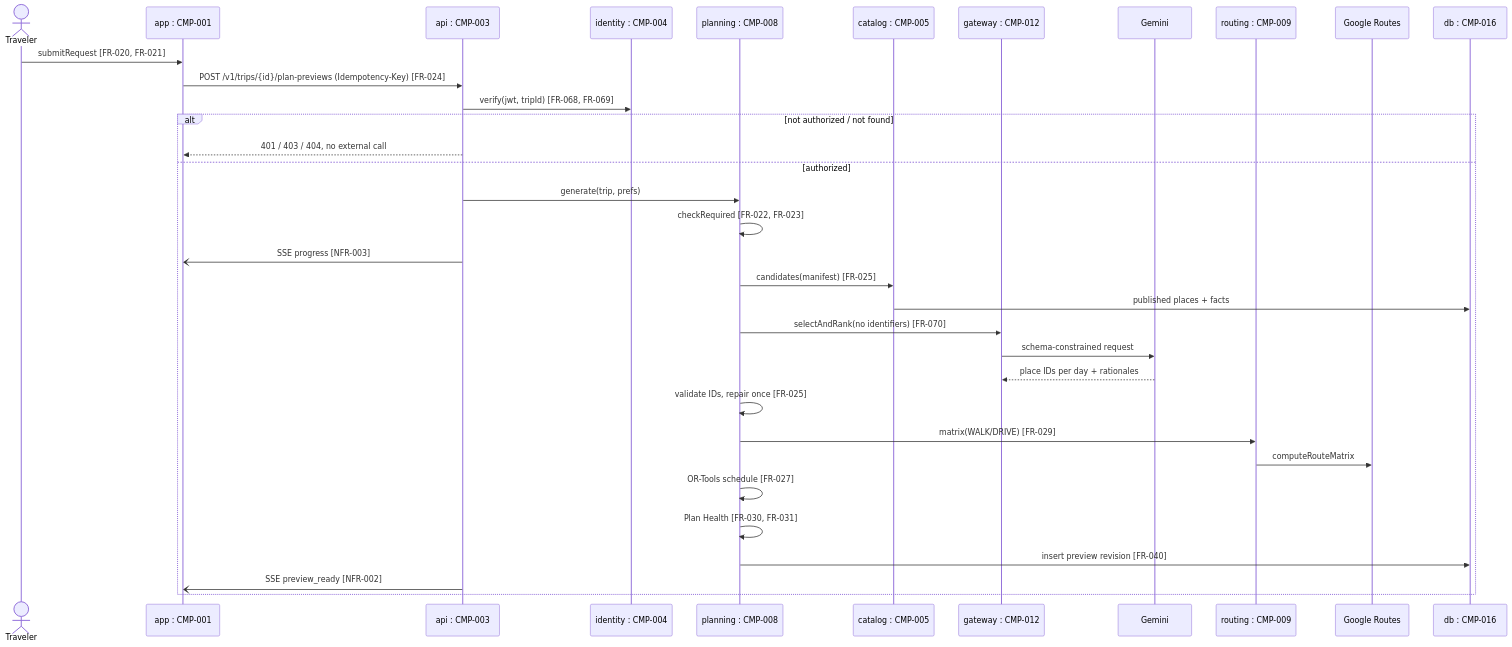
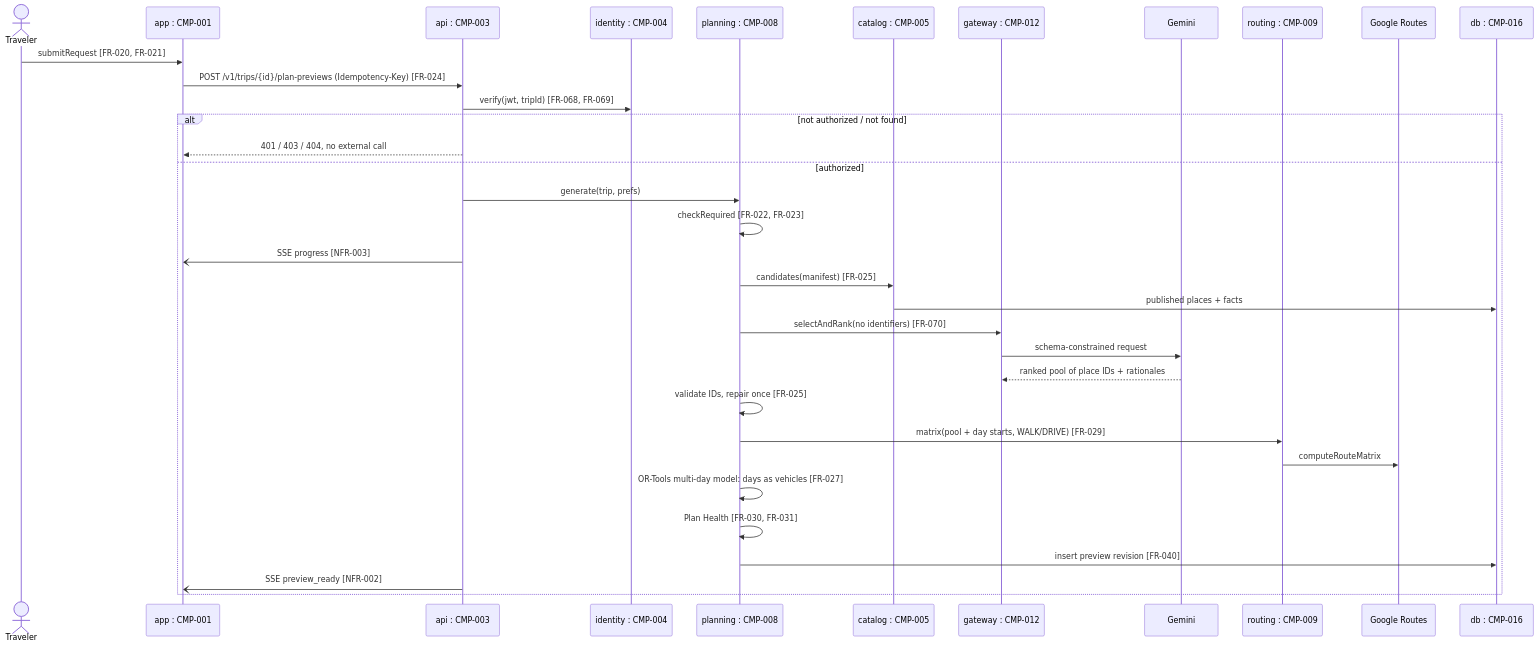
One commit to lnt-h/fyp_dana changed the second of 10 diagrams in docs/04-design/diagrams/README.md. Above: the diagram before and after it, drawn with Mermaid. The commit also changed other lines of this file and 19 other files, not shown here.

First line of the commit message:
docs(design): align AI design — two-tier Guide evidence, multi-day OR-Tools model, embeddings on write

````diff
--- a/docs/04-design/diagrams/README.md
+++ b/docs/04-design/diagrams/README.md
@@ -110,36 +110,36 @@
 ```mermaid
 sequenceDiagram
     actor T as Traveler
     participant APP as app : CMP-001
     participant API as api : CMP-003
     participant ID as identity : CMP-004
     participant PL as planning : CMP-008
     participant CAT as catalog : CMP-005
     participant AI as gateway : CMP-012
     participant GEM as Gemini
     participant RT as routing : CMP-009
     participant GR as Google Routes
     participant DB as db : CMP-016
     T->>APP: submitRequest [FR-020, FR-021]
     APP->>API: POST /v1/trips/{id}/plan-previews (Idempotency-Key) [FR-024]
     API->>ID: verify(jwt, tripId) [FR-068, FR-069]
     alt not authorized / not found
         API-->>APP: 401 / 403 / 404, no external call
     else authorized
         API->>PL: generate(trip, prefs)
         PL->>PL: checkRequired [FR-022, FR-023]
         API-)APP: SSE progress [NFR-003]
         PL->>CAT: candidates(manifest) [FR-025]
         CAT->>DB: published places + facts
         PL->>AI: selectAndRank(no identifiers) [FR-070]
         AI->>GEM: schema-constrained request
-        GEM-->>AI: place IDs per day + rationales
+        GEM-->>AI: ranked pool of place IDs + rationales
         PL->>PL: validate IDs, repair once [FR-025]
-        PL->>RT: matrix(WALK/DRIVE) [FR-029]
+        PL->>RT: matrix(pool + day starts, WALK/DRIVE) [FR-029]
         RT->>GR: computeRouteMatrix
-        PL->>PL: OR-Tools schedule [FR-027]
+        PL->>PL: OR-Tools multi-day model: days as vehicles [FR-027]
         PL->>PL: Plan Health [FR-030, FR-031]
         PL->>DB: insert preview revision [FR-040]
         API-)APP: SSE preview_ready [NFR-002]
     end
 ```
````
